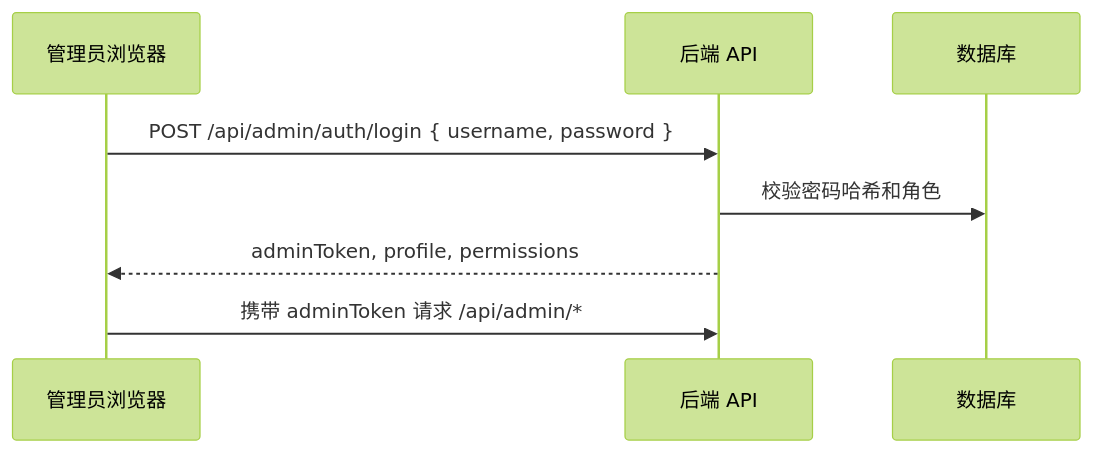
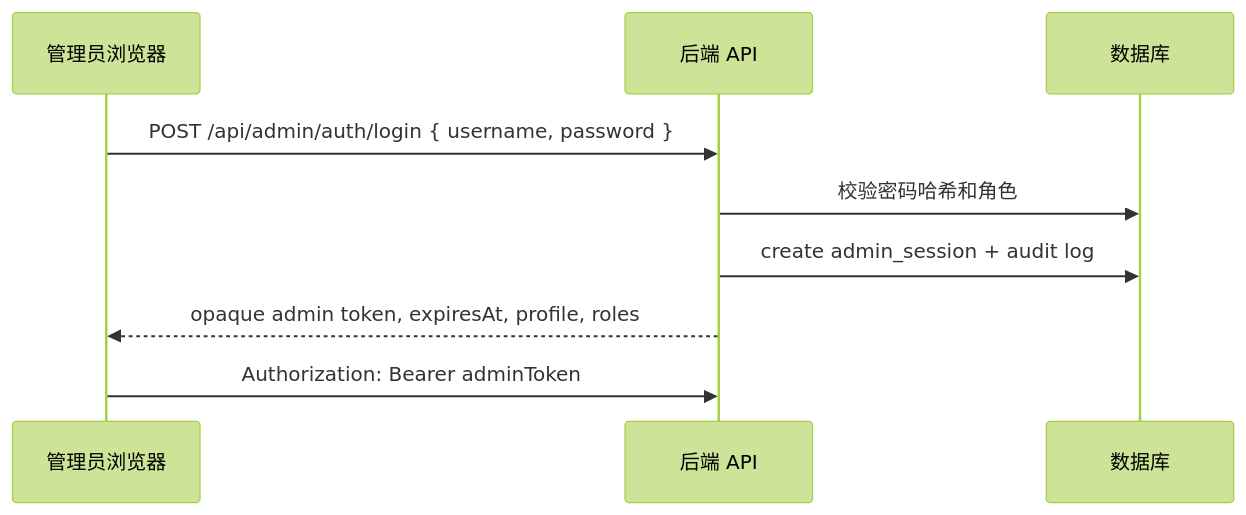
One commit to HuangLA/mrjz-app changed the third of 3 diagrams in docs/TECHNICAL_DESIGN.md. Above: the diagram before and after it, drawn with Mermaid (forest theme). The commit also changed other lines of this file and 17 other files, not shown here.

````diff
--- a/docs/TECHNICAL_DESIGN.md
+++ b/docs/TECHNICAL_DESIGN.md
@@ -200,11 +202,12 @@
 ```mermaid
 sequenceDiagram
   participant Admin as 管理员浏览器
   participant API as 后端 API
   participant DB as 数据库
 
   Admin->>API: POST /api/admin/auth/login { username, password }
   API->>DB: 校验密码哈希和角色
-  API-->>Admin: adminToken, profile, permissions
-  Admin->>API: 携带 adminToken 请求 /api/admin/*
+  API->>DB: create admin_session + audit log
+  API-->>Admin: opaque admin token, expiresAt, profile, roles
+  Admin->>API: Authorization: Bearer adminToken
 ```
````
